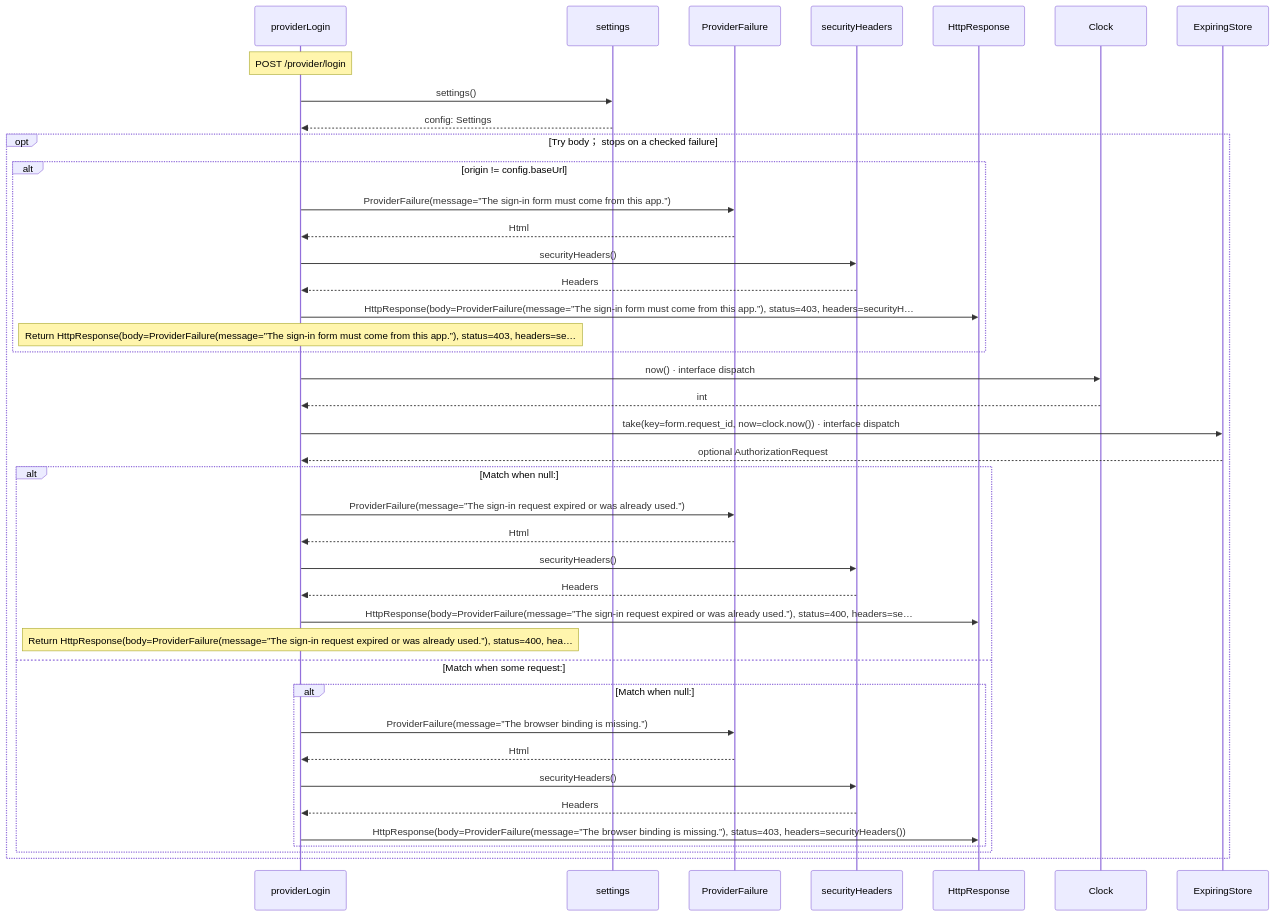
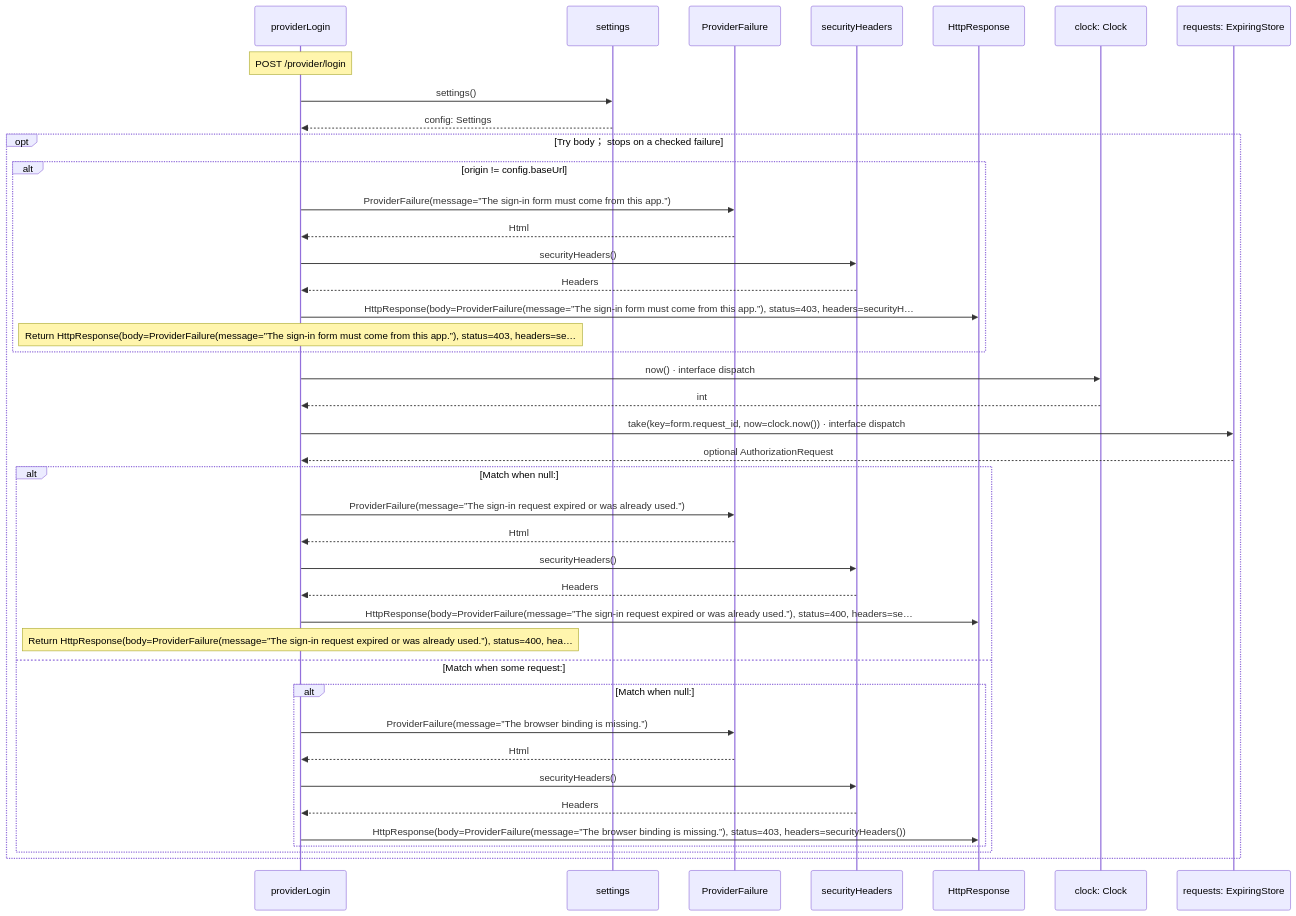
Before and after one commit to GreenPandaStudios/augscript: the sixth of 9 diagrams in docs/examples/oidc-login/provider/authorization-diagrams.md, drawn with Mermaid. The commit also changed other lines of this file and 102 other files, not shown here.

Commit message:
Keep named service receivers distinct in sequence data flow

````diff
--- a/docs/examples/oidc-login/provider/authorization-diagrams.md
+++ b/docs/examples/oidc-login/provider/authorization-diagrams.md
@@ -238,43 +238,43 @@
 ```mermaid
 sequenceDiagram
     participant p0 as providerLogin
     participant p1 as settings
     participant p2 as ProviderFailure
     participant p3 as securityHeaders
     participant p4 as HttpResponse
-    participant p5 as Clock
-    participant p6 as ExpiringStore
+    participant p5 as clock: Clock
+    participant p6 as requests: ExpiringStore
     Note over p0: POST /provider/login
     p0->>p1: settings()
     p1-->>p0: config: Settings
     opt Try body； stops on a checked failure
     alt origin != config.baseUrl
     p0->>p2: ProviderFailure(message=”The sign-in form must come from this app.”)
     p2-->>p0: Html
     p0->>p3: securityHeaders()
     p3-->>p0: Headers
     p0->>p4: HttpResponse(body=ProviderFailure(message=”The sign-in form must come from this app.”), status=403, headers=securityH…
     Note over p0: Return HttpResponse(body=ProviderFailure(message=”The sign-in form must come from this app.”), status=403, headers=se…
     end
     p0->>p5: now() · interface dispatch
     p5-->>p0: int
     p0->>p6: take(key=form.request_id, now=clock.now()) · interface dispatch
     p6-->>p0: optional AuthorizationRequest
     alt Match when null:
     p0->>p2: ProviderFailure(message=”The sign-in request expired or was already used.”)
     p2-->>p0: Html
     p0->>p3: securityHeaders()
     p3-->>p0: Headers
     p0->>p4: HttpResponse(body=ProviderFailure(message=”The sign-in request expired or was already used.”), status=400, headers=se…
     Note over p0: Return HttpResponse(body=ProviderFailure(message=”The sign-in request expired or was already used.”), status=400, hea…
     else Match when some request:
     alt Match when null:
     p0->>p2: ProviderFailure(message=”The browser binding is missing.”)
     p2-->>p0: Html
     p0->>p3: securityHeaders()
     p3-->>p0: Headers
     p0->>p4: HttpResponse(body=ProviderFailure(message=”The browser binding is missing.”), status=403, headers=securityHeaders())
     end
     end
     end
 ```
````
